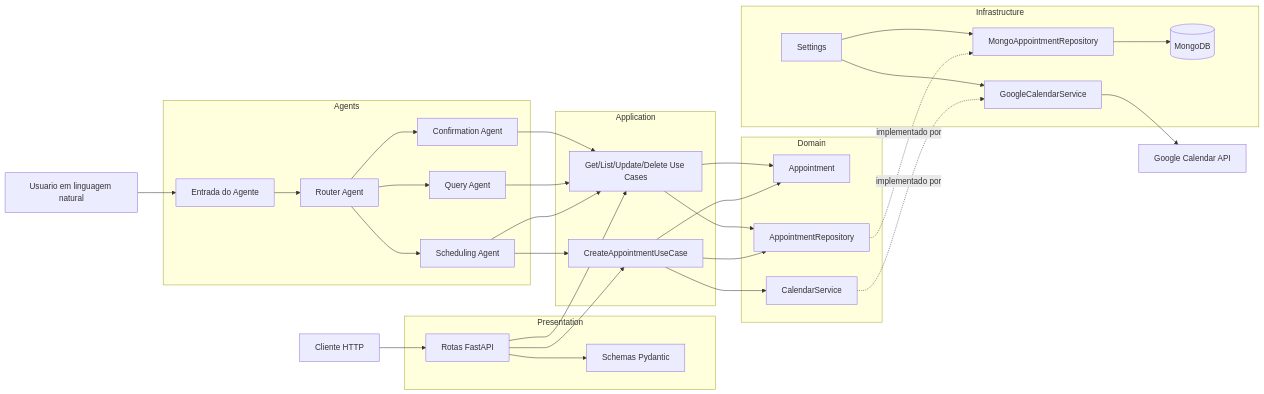
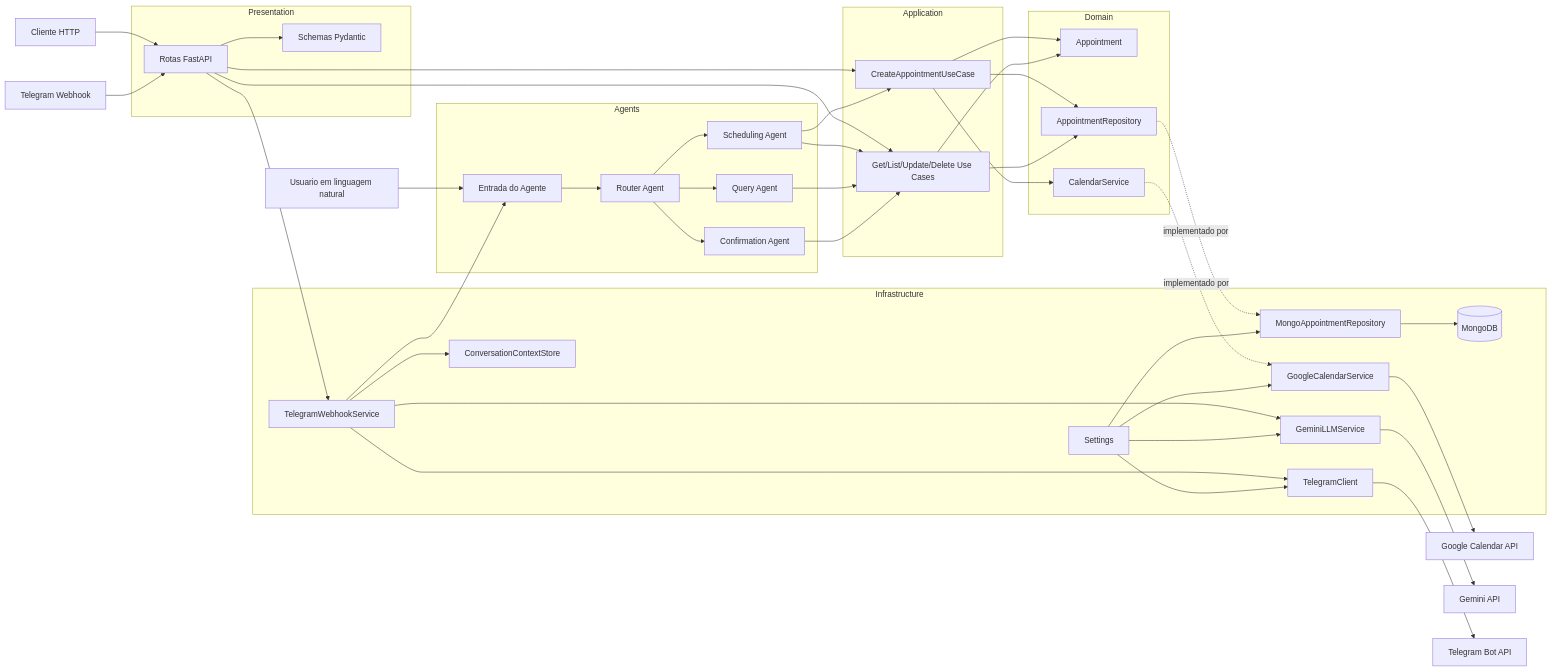
Before and after one commit to fsodanilo/lab-agenda: the diagram in README.md, drawn with Mermaid. The commit also changed other lines of this file and 1 other file, not shown here.

````diff
--- a/README.md
+++ b/README.md
@@ -65,65 +68,81 @@
 ```mermaid
 flowchart LR
 	Client[Cliente HTTP] --> Routes[Rotas FastAPI]
 	User[Usuario em linguagem natural] --> AgentEntry[Entrada do Agente]
+	Telegram[Telegram Webhook] --> Routes
 
 	subgraph Presentation[Presentation]
 		Routes
 		Schemas[Schemas Pydantic]
 	end
 
 	subgraph Agents[Agents]
 		AgentEntry
 		RouterAgent[Router Agent]
 		SchedulingAgent[Scheduling Agent]
 		QueryAgent[Query Agent]
 		ConfirmationAgent[Confirmation Agent]
 	end
 
 	subgraph Application[Application]
 		CreateUC[CreateAppointmentUseCase]
 		CrudUC[Get/List/Update/Delete Use Cases]
 	end
 
 	subgraph Domain[Domain]
 		Appointment[Appointment]
 		RepoPort[AppointmentRepository]
 		CalendarPort[CalendarService]
 	end
 
 	subgraph Infrastructure[Infrastructure]
 		MongoRepo[MongoAppointmentRepository]
 		GoogleSvc[GoogleCalendarService]
+		TelegramSvc[TelegramWebhookService]
+		TelegramClient[TelegramClient]
+		GeminiSvc[GeminiLLMService]
+		ContextStore[ConversationContextStore]
 		Settings[Settings]
 		Mongo[(MongoDB)]
 	end
 
 	GCal[Google Calendar API]
+	Gemini[Gemini API]
+	TelegramAPI[Telegram Bot API]
 
 	Routes --> Schemas
 	Routes --> CreateUC
 	Routes --> CrudUC
+	Routes --> TelegramSvc
 	AgentEntry --> RouterAgent
 	RouterAgent --> SchedulingAgent
 	RouterAgent --> QueryAgent
 	RouterAgent --> ConfirmationAgent
 	SchedulingAgent --> CreateUC
 	SchedulingAgent --> CrudUC
 	QueryAgent --> CrudUC
 	ConfirmationAgent --> CrudUC
 
 	CreateUC --> Appointment
 	CrudUC --> Appointment
 
 	CreateUC --> RepoPort
 	CrudUC --> RepoPort
 	CreateUC --> CalendarPort
 
 	RepoPort -. implementado por .-> MongoRepo
 	CalendarPort -. implementado por .-> GoogleSvc
 
 	MongoRepo --> Mongo
 	GoogleSvc --> GCal
+	TelegramSvc --> AgentEntry
+	TelegramSvc --> GeminiSvc
+	TelegramSvc --> ContextStore
+	TelegramSvc --> TelegramClient
+	GeminiSvc --> Gemini
+	TelegramClient --> TelegramAPI
 	Settings --> MongoRepo
 	Settings --> GoogleSvc
+	Settings --> GeminiSvc
+	Settings --> TelegramClient
 ```
````
